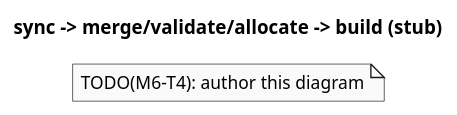
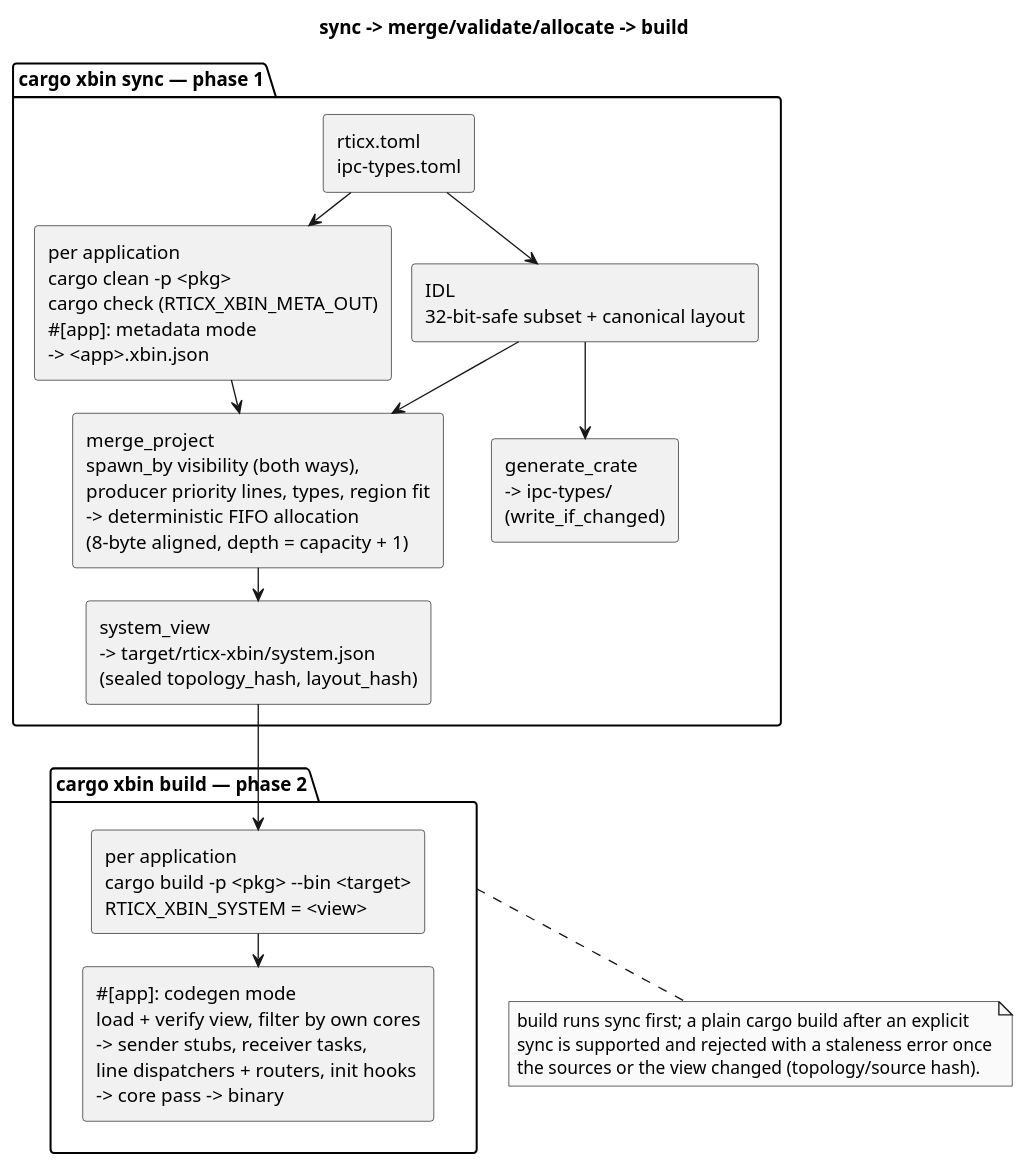
The diagram in experiments/multibinary/docs/diagrams/02-sync-build-pipeline.puml (rticx-rs/rticx), drawn with PlantUML before and after one commit. The commit also changed 42 other files, not shown here.

```diff
--- a/experiments/multibinary/docs/diagrams/02-sync-build-pipeline.puml
+++ b/experiments/multibinary/docs/diagrams/02-sync-build-pipeline.puml
@@ -1,14 +1,42 @@
 @startuml 02-sync-build-pipeline
-' Diagram 2 — Phase 1 sync -> merge/validate/allocate -> Phase 2 build pipeline.
+' Diagram 2 — cargo xbin sync (phase 1) -> merge/validate/allocate -> build.
 ' Source of truth: docs/architecture.md §3–§4, plan §7–§8.
-' TODO(M6-T4): author this diagram.
 
-title sync -> merge/validate/allocate -> build (stub)
+title sync -> merge/validate/allocate -> build
 
 skinparam shadowing false
 skinparam monochrome true
 skinparam defaultFontName monospace
+skinparam nodesep 15
+skinparam ranksep 25
 
-note "TODO(M6-T4): author this diagram" as todo
+package "cargo xbin sync — phase 1" as phase1 {
+  rectangle "rticx.toml\nipc-types.toml" as config
+  rectangle "per application\ncargo clean -p <pkg>\ncargo check (RTICX_XBIN_META_OUT)\n~#[app]: metadata mode\n-> <app>.xbin.json" as meta
+  rectangle "IDL\n32-bit-safe subset + canonical layout" as idl
+  rectangle "merge_project\nspawn_by visibility (both ways),\nproducer priority lines, types, region fit\n-> deterministic FIFO allocation\n(8-byte aligned, depth = capacity + 1)" as merge
+  rectangle "system_view\n-> target/rticx-xbin/system.json\n(sealed topology_hash, layout_hash)" as view
+  rectangle "generate_crate\n-> ipc-types/\n(write_if_changed)" as crate
+  config --> meta
+  config --> idl
+  meta --> merge
+  idl --> merge
+  merge --> view
+  idl --> crate
+}
+
+package "cargo xbin build — phase 2" as phase2 {
+  rectangle "per application\ncargo build -p <pkg> --bin <target>\nRTICX_XBIN_SYSTEM = <view>" as build
+  rectangle "~#[app]: codegen mode\nload + verify view, filter by own cores\n-> sender stubs, receiver tasks,\nline dispatchers + routers, init hooks\n-> core pass -> binary" as codegen
+  build --> codegen
+}
+
+view --> build
+
+note bottom of phase2
+  build runs sync first; a plain cargo build after an explicit
+  sync is supported and rejected with a staleness error once
+  the sources or the view changed (topology/source hash).
+end note
 
 @enduml
```
